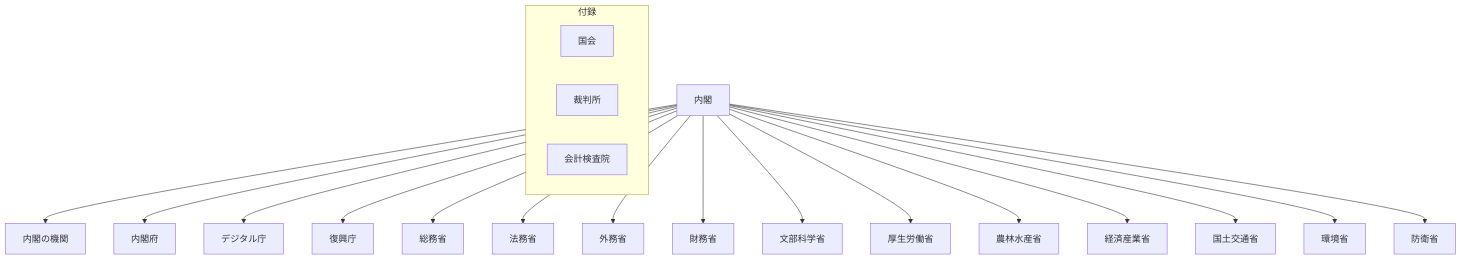
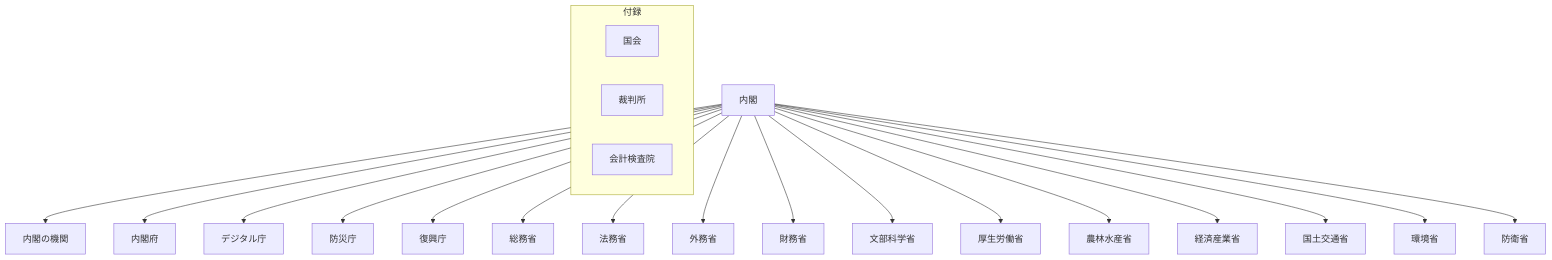
The diagram in README.md (tatemaru/jp-admin-org-chart), drawn with Mermaid before and after one commit. The commit also changed other lines of this file and 1 other file, not shown here.

First line of the commit message:
feat(防災庁): 防災庁を設置

````diff
--- a/README.md
+++ b/README.md
@@ -8,24 +8,25 @@
 ```mermaid
 flowchart TB
   subgraph appendix["付録"]
     Diet["国会"]
     Court["裁判所"]
     Audit["会計検査院"]
   end
   Cab["内閣"]
   Cab --> NKikan["内閣の機関"]
   Cab --> CAO["内閣府"]
   Cab --> Digital["デジタル庁"]
+  Cab --> Bosai["防災庁"]
   Cab --> Fukko["復興庁"]
   Cab --> Somu["総務省"]
   Cab --> Homu["法務省"]
   Cab --> Gaimu["外務省"]
   Cab --> Zaimu["財務省"]
   Cab --> Mext["文部科学省"]
   Cab --> Mhlw["厚生労働省"]
   Cab --> Maff["農林水産省"]
   Cab --> Meti["経済産業省"]
   Cab --> Mlit["国土交通省"]
   Cab --> Env["環境省"]
   Cab --> Mod["防衛省"]
 ```
````
